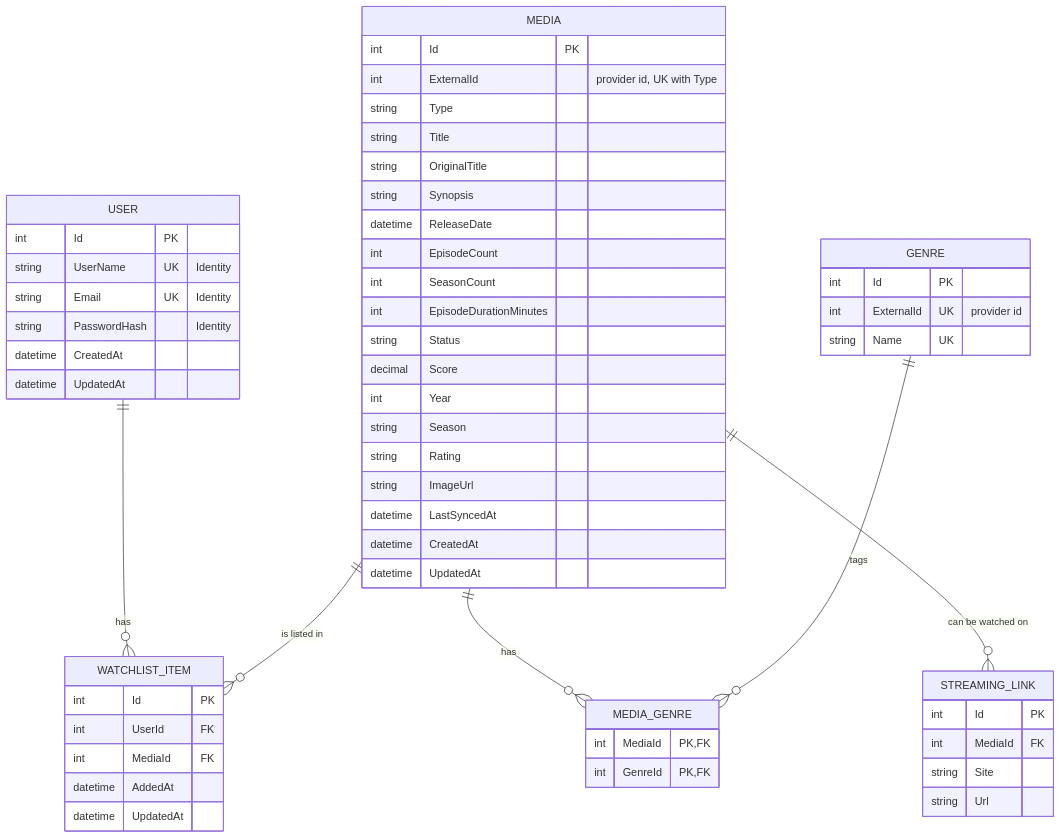
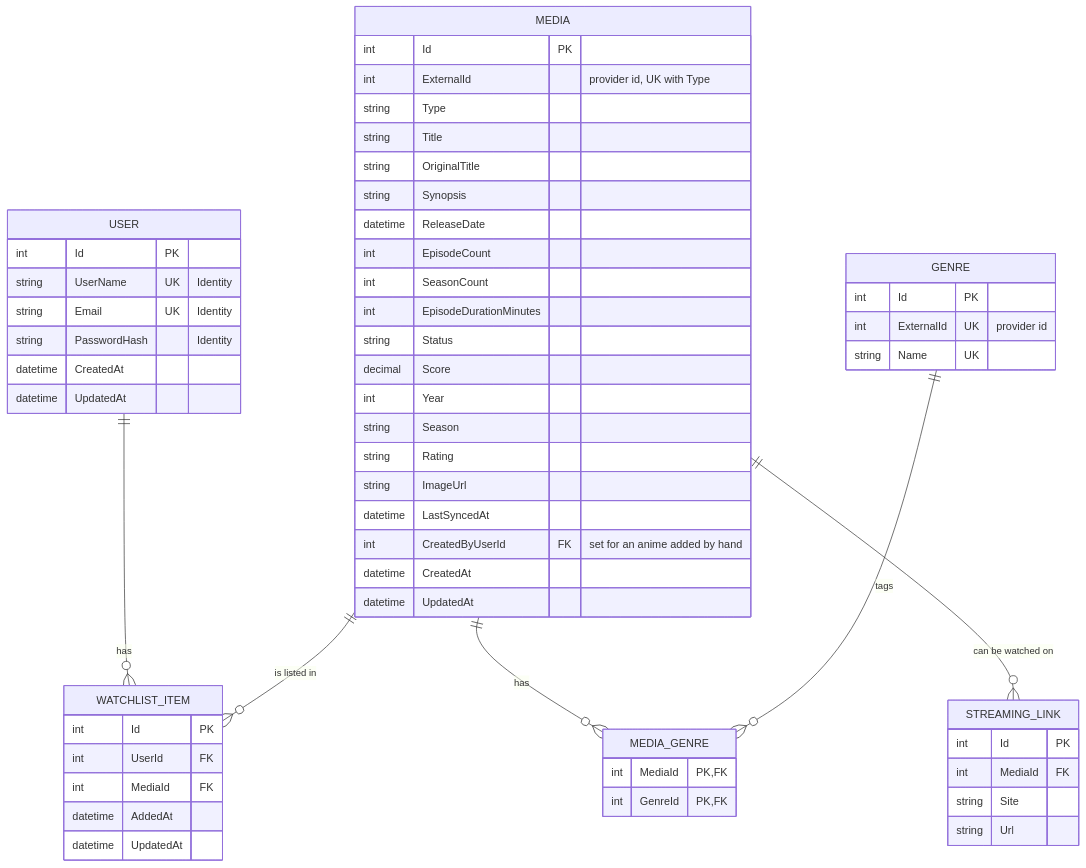
The diagram in docs/DATA_MODEL.md (AlexandreFournier1/WhatchaWatching), drawn with Mermaid before and after one commit. The commit also changed other lines of this file and 58 other files, not shown here.

````diff
--- a/docs/DATA_MODEL.md
+++ b/docs/DATA_MODEL.md
@@ -9,60 +9,61 @@
 ```mermaid
 erDiagram
     USER ||--o{ WATCHLIST_ITEM : has
     MEDIA ||--o{ WATCHLIST_ITEM : "is listed in"
     MEDIA ||--o{ MEDIA_GENRE : has
     MEDIA ||--o{ STREAMING_LINK : "can be watched on"
     GENRE ||--o{ MEDIA_GENRE : "tags"
 
     USER {
         int Id PK
         string UserName UK "Identity"
         string Email UK "Identity"
         string PasswordHash "Identity"
         datetime CreatedAt
         datetime UpdatedAt
     }
     MEDIA {
         int Id PK
         int ExternalId "provider id, UK with Type"
         string Type
         string Title
         string OriginalTitle
         string Synopsis
         datetime ReleaseDate
         int EpisodeCount
         int SeasonCount
         int EpisodeDurationMinutes
         string Status
         decimal Score
         int Year
         string Season
         string Rating
         string ImageUrl
         datetime LastSyncedAt
+        int CreatedByUserId FK "set for an anime added by hand"
         datetime CreatedAt
         datetime UpdatedAt
     }
     GENRE {
         int Id PK
         int ExternalId UK "provider id"
         string Name UK
     }
     STREAMING_LINK {
         int Id PK
         int MediaId FK
         string Site
         string Url
     }
     MEDIA_GENRE {
         int MediaId PK, FK
         int GenreId PK, FK
     }
     WATCHLIST_ITEM {
         int Id PK
         int UserId FK
         int MediaId FK
         datetime AddedAt
         datetime UpdatedAt
     }
 ```
````
